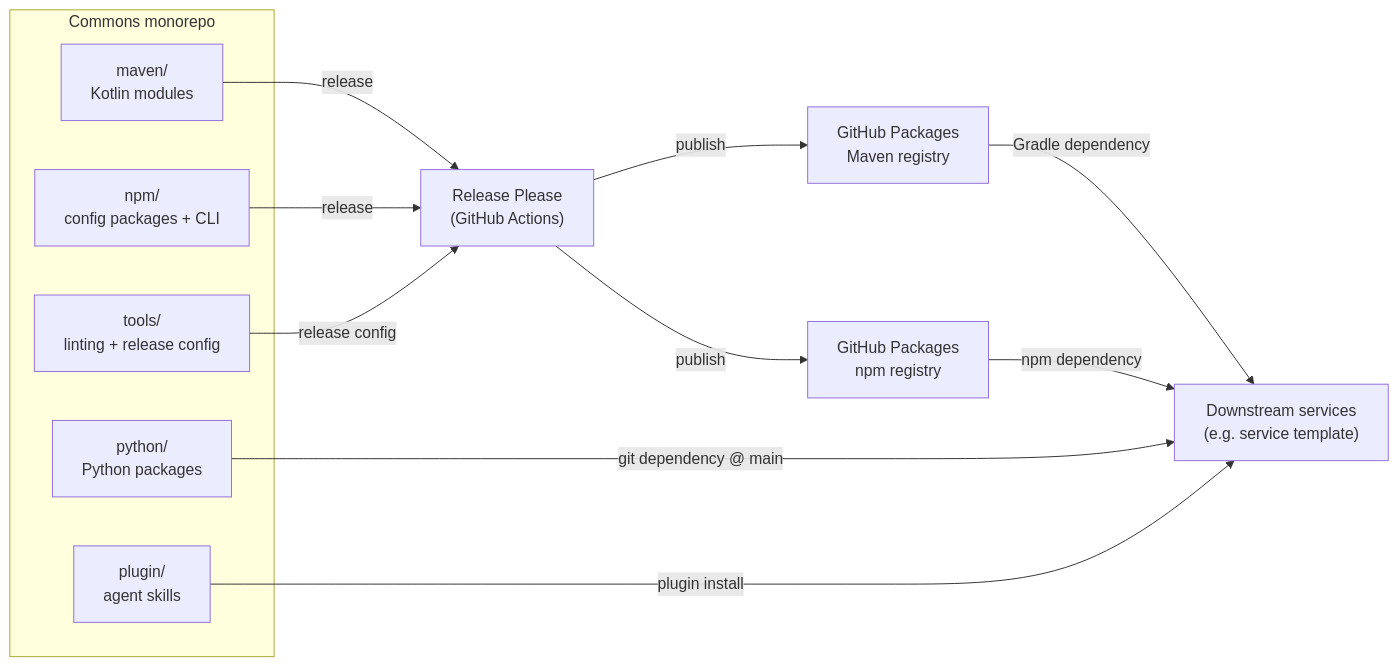
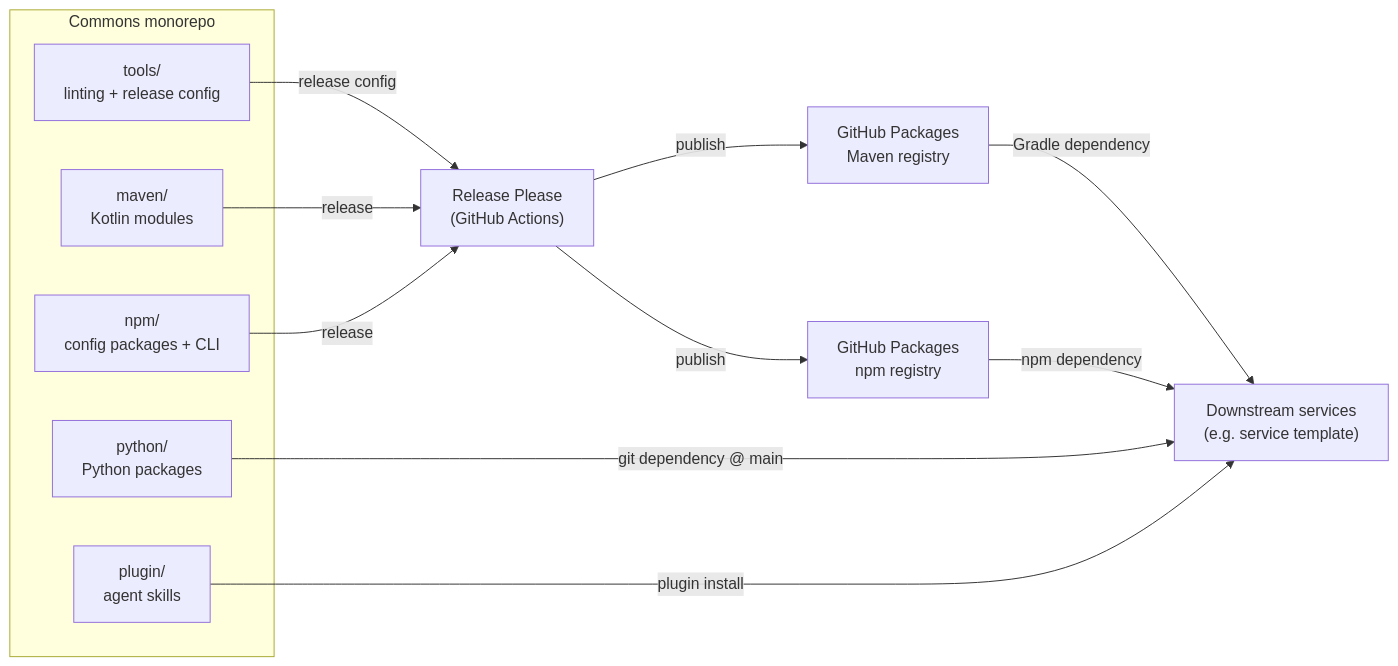
Before and after one commit to aimarchirico/commons: the first of 2 diagrams in docs/ARCHITECTURE.md, drawn with Mermaid. The commit also changed other lines of this file and 4 other files, not shown here.

Commit message:
style: reorder modules to tools, github, docs, maven, npm, python, plugin sequence

````diff
--- a/docs/ARCHITECTURE.md
+++ b/docs/ARCHITECTURE.md
@@ -12,27 +12,27 @@
 ```mermaid
 graph LR
     subgraph Commons["Commons monorepo"]
+        tools_src["tools/<br/>linting + release config"]
         maven_src["maven/<br/>Kotlin modules"]
         npm_src["npm/<br/>config packages + CLI"]
-        tools_src["tools/<br/>linting + release config"]
+        python_src["python/<br/>Python packages"]
         plugin["plugin/<br/>agent skills"]
-        python_src["python/<br/>Python packages"]
     end
 
     rp["Release Please<br/>(GitHub Actions)"]
     maven_reg["GitHub Packages<br/>Maven registry"]
     npm_reg["GitHub Packages<br/>npm registry"]
 
     consumers["Downstream services<br/>(e.g. service template)"]
 
+    tools_src -->|release config| rp
     maven_src -->|release| rp
     npm_src -->|release| rp
-    tools_src -->|release config| rp
     rp -->|publish| maven_reg
     rp -->|publish| npm_reg
 
     maven_reg -->|Gradle dependency| consumers
     npm_reg -->|npm dependency| consumers
     python_src -->|git dependency @ main| consumers
     plugin -->|plugin install| consumers
 ```
````
